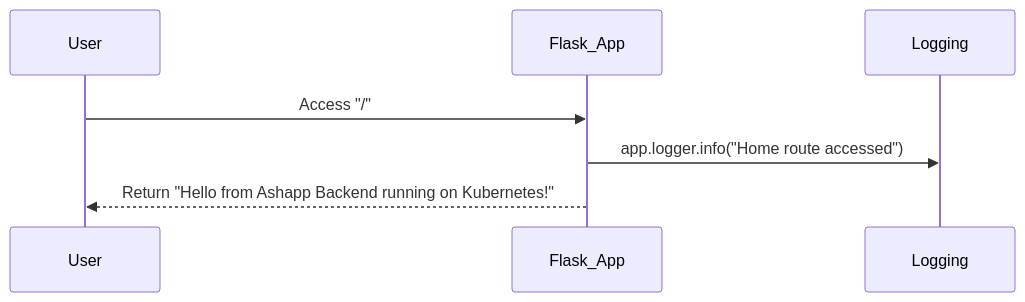
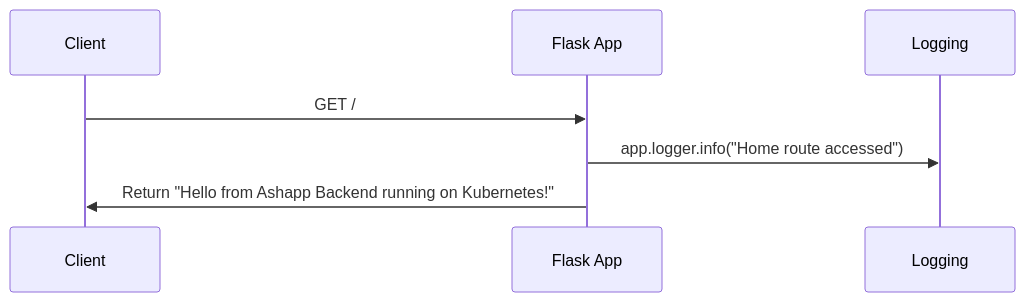
Before and after one commit to ashwanth01-pixel/flaskapp: the third of 3 diagrams in DESIGN.md, drawn with Mermaid. The commit also changed other lines of this file and 2 other files, not shown here.

Commit message:
Automated: Add repo analysis, fixes, UML, and design diagram

````diff
--- a/DESIGN.md
+++ b/DESIGN.md
@@ -57,10 +51,10 @@
 ```mermaid
 sequenceDiagram
-    participant User
-    participant Flask_App
+    participant Client
+    participant Flask App
     participant Logging
 
-    User->>Flask_App: Access "/"
-    Flask_App->>Logging: app.logger.info("Home route accessed")
-    Flask_App-->>User: Return "Hello from Ashapp Backend running on Kubernetes!"
+    Client->>Flask App: GET /
+    Flask App->>Logging: app.logger.info("Home route accessed")
+    Flask App->>Client: Return "Hello from Ashapp Backend running on Kubernetes!"
 ```
````
